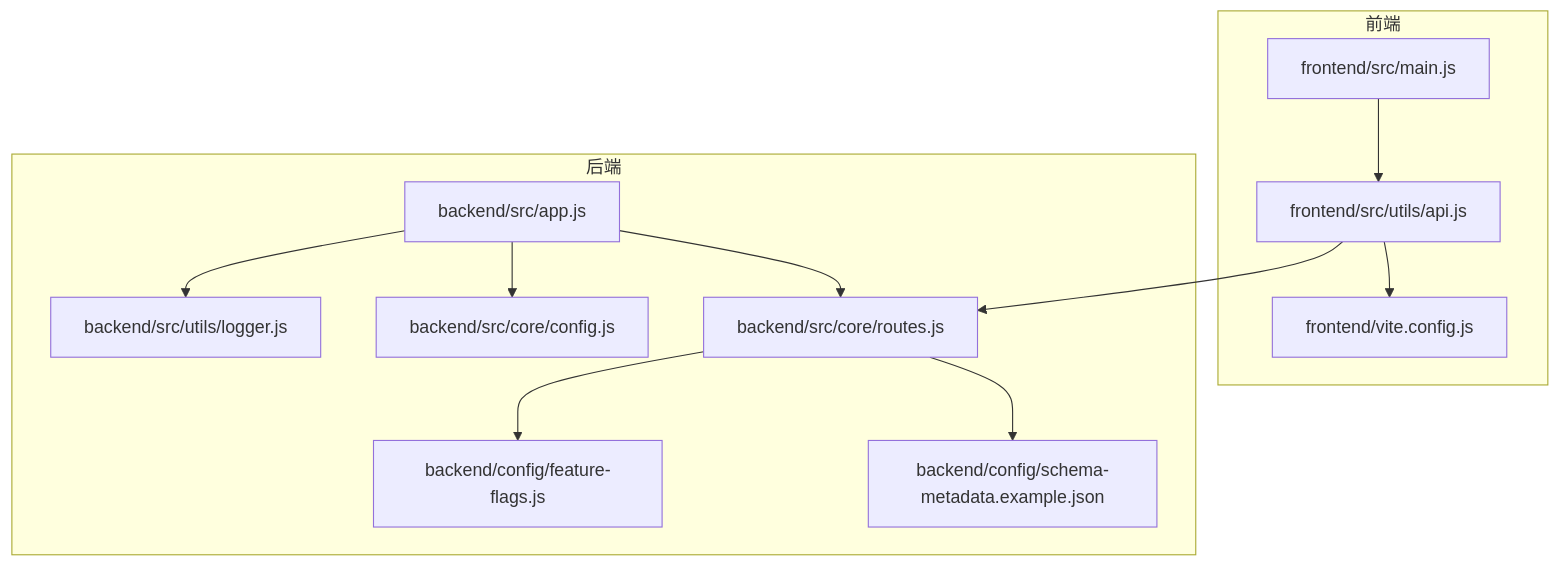
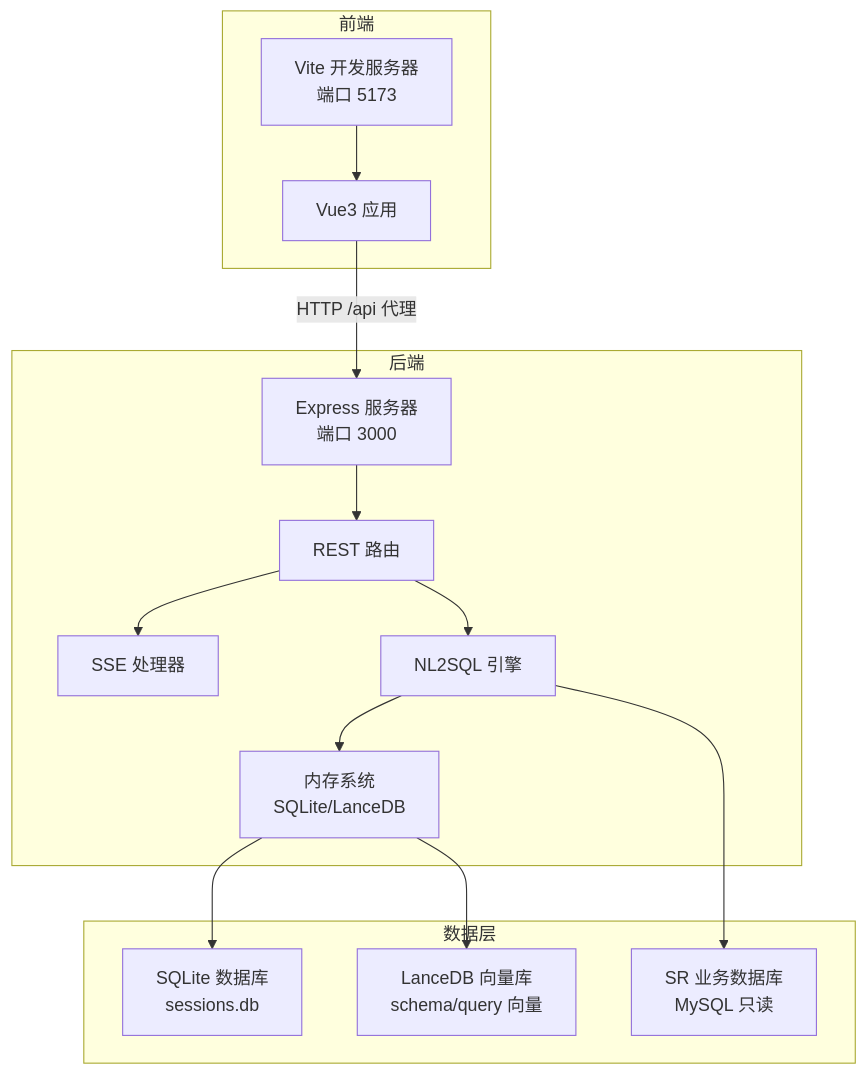
Before and after one commit to HanHuiOnLine/724-office: the first of 3 diagrams in NL2SQL/.qoder/repowiki/zh/content/快速开始.md, drawn with Mermaid. The commit also changed other lines of this file and 207 other files, not shown here.

````diff
--- a/NL2SQL/.qoder/repowiki/zh/content/快速开始.md
+++ b/NL2SQL/.qoder/repowiki/zh/content/快速开始.md
@@ -46,24 +48,28 @@
 ```mermaid
 graph TB
 subgraph "前端"
-FE_Main["frontend/src/main.js"]
-FE_API["frontend/src/utils/api.js"]
-FE_Vite["frontend/vite.config.js"]
+FE_Vite["Vite 开发服务器<br/>端口 5173"]
+FE_App["Vue3 应用"]
 end
 subgraph "后端"
-BE_App["backend/src/app.js"]
-BE_Routes["backend/src/core/routes.js"]
-BE_Config["backend/src/core/config.js"]
-BE_FeatureFlags["backend/config/feature-flags.js"]
-BE_Schema["backend/config/schema-metadata.example.json"]
-BE_Logger["backend/src/utils/logger.js"]
+BE_Express["Express 服务器<br/>端口 3000"]
+BE_Routes["REST 路由"]
+BE_SSE["SSE 处理器"]
+BE_Engine["NL2SQL 引擎"]
+BE_Memory["内存系统<br/>SQLite/LanceDB"]
 end
-FE_Main --> FE_API
-FE_API --> FE_Vite
-FE_API --> BE_Routes
-BE_App --> BE_Routes
-BE_App --> BE_Config
-BE_App --> BE_Logger
-BE_Routes --> BE_Schema
-BE_Routes --> BE_FeatureFlags
+subgraph "数据层"
+DB_SQLite["SQLite 数据库<br/>sessions.db"]
+DB_Vector["LanceDB 向量库<br/>schema/query 向量"]
+DB_SR["SR 业务数据库<br/>MySQL 只读"]
+end
+FE_Vite --> FE_App
+FE_App --> |"HTTP /api 代理"| BE_Express
+BE_Express --> BE_Routes
+BE_Routes --> BE_SSE
+BE_Routes --> BE_Engine
+BE_Engine --> BE_Memory
+BE_Memory --> DB_SQLite
+BE_Memory --> DB_Vector
+BE_Engine --> DB_SR
 ```
````
